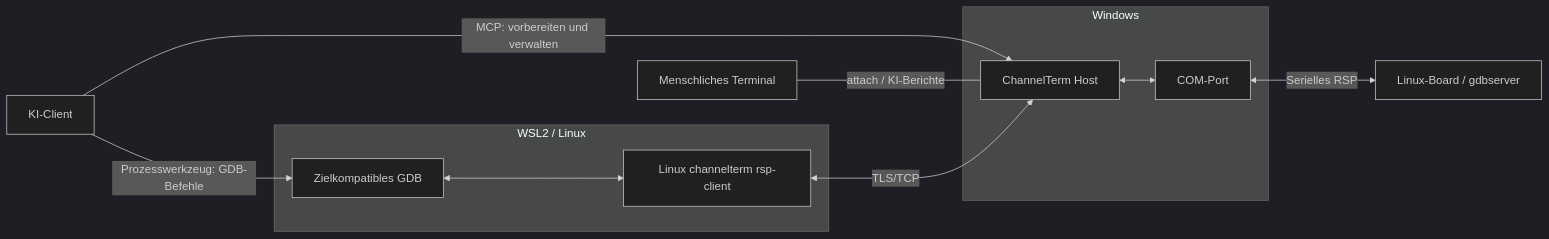
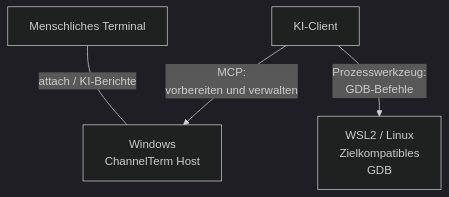
The first of 3 diagrams in README.de.md (akira-init1/ChannelTerm), drawn with Mermaid (dark theme) before and after one commit. The commit also changed other lines of this file and 13 other files, not shown here.

First line of the commit message:
docs(diagrams): clarify shared terminal and debugger data flows

````diff
--- a/README.de.md
+++ b/README.de.md
@@ -256,21 +258,10 @@
 ```mermaid
-flowchart LR
+flowchart TB
     AI["KI-Client"]
     Human["Menschliches Terminal"]
-    subgraph Windows
-        Host["ChannelTerm Host"]
-        COM["COM-Port"]
-        Host <--> COM
-    end
-    subgraph WSL2["WSL2 / Linux"]
-        GDB["Zielkompatibles GDB"]
-        Helper["Linux channelterm rsp-client"]
-        GDB <--> Helper
-    end
-    Board["Linux-Board / gdbserver"]
-    AI -->|"MCP: vorbereiten und verwalten"| Host
-    AI -->|"Prozesswerkzeug: GDB-Befehle"| GDB
+    Host["Windows<br/>ChannelTerm Host"]
+    GDB["WSL2 / Linux<br/>Zielkompatibles<br/>GDB"]
+    AI -->|"MCP:<br/>vorbereiten und verwalten"| Host
+    AI -->|"Prozesswerkzeug:<br/>GDB-Befehle"| GDB
     Human ---|"attach / KI-Berichte"| Host
-    Helper <-->|"TLS/TCP"| Host
-    COM <-->|"Serielles RSP"| Board
 ```
````
